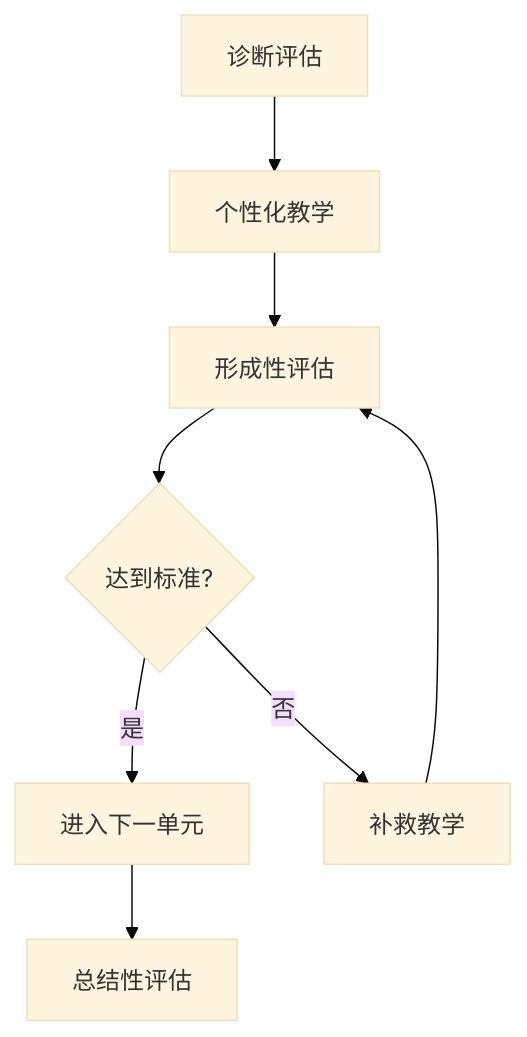
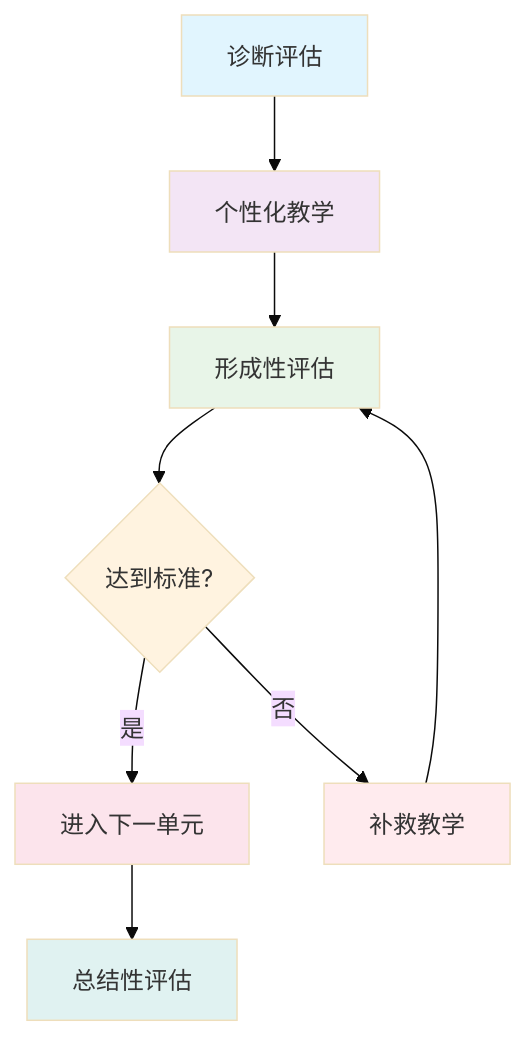
The first of 7 diagrams in 04-评估与发展/02-个性化发展路径.md (AdaMartin18010/SeniorEnducation), drawn with Mermaid (base theme) before and after one commit. The commit also changed other lines of this file and 16 other files, not shown here.

````diff
--- a/04-评估与发展/02-个性化发展路径.md
+++ b/04-评估与发展/02-个性化发展路径.md
@@ -67,10 +71,18 @@
 ```mermaid
 graph TD
     A[诊断评估] --> B[个性化教学]
     B --> C[形成性评估]
     C --> D{达到标准?}
     D -->|是| E[进入下一单元]
     D -->|否| F[补救教学]
     F --> C
     E --> G[总结性评估]
+    
+    style A fill:#e1f5fe
+    style B fill:#f3e5f5
+    style C fill:#e8f5e8
+    style D fill:#fff3e0
+    style E fill:#fce4ec
+    style F fill:#ffebee
+    style G fill:#e0f2f1
 ```
````
